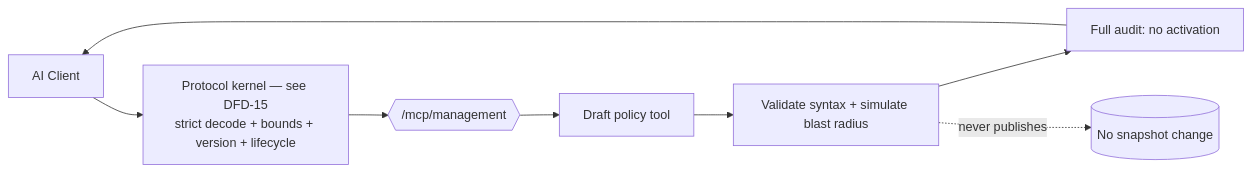
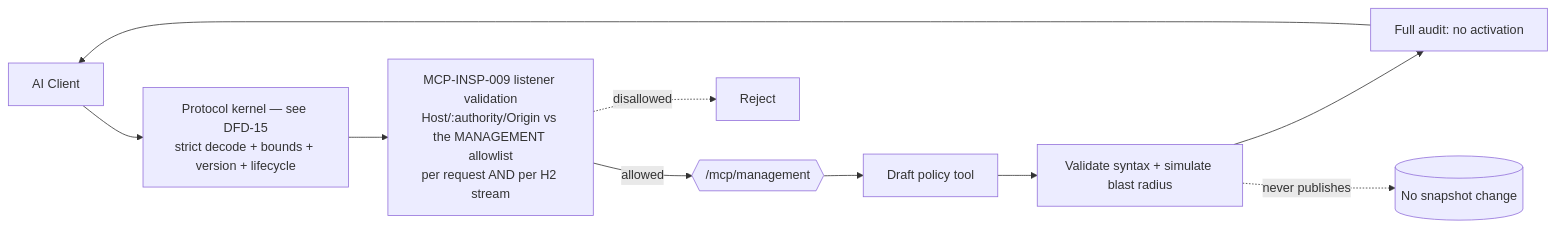
One commit to KidCarmi/Culvert changed the second of 15 diagrams in docs/design/mcp/DATA-FLOW-DIAGRAMS.md. Above: the diagram before and after it, drawn with Mermaid. The commit also changed other lines of this file and 1 other file, not shown here.

First line of the commit message:
docs(mcp): honour the loss policy, validate Management Host/Origin, fix the coverage row

````diff
--- a/docs/design/mcp/DATA-FLOW-DIAGRAMS.md
+++ b/docs/design/mcp/DATA-FLOW-DIAGRAMS.md
@@ -40,10 +42,12 @@
 ```mermaid
 flowchart LR
   AC[AI Client] --> K15["Protocol kernel — see DFD-15<br/>strict decode + bounds + version + lifecycle"]
-  K15 --> L1{{/mcp/management}}
+  K15 --> HV2["MCP-INSP-009 listener validation<br/>Host/:authority/Origin vs the MANAGEMENT allowlist<br/>per request AND per H2 stream"]
+  HV2 -->|allowed| L1{{/mcp/management}}
+  HV2 -.disallowed.-> HVX2[Reject]
   L1 --> DR[Draft policy tool]
   DR --> VAL[Validate syntax + simulate blast radius]
   VAL --> AUD[Full audit: no activation]
   AUD --> AC
   VAL -. never publishes .-> X[(No snapshot change)]
 ```
````
